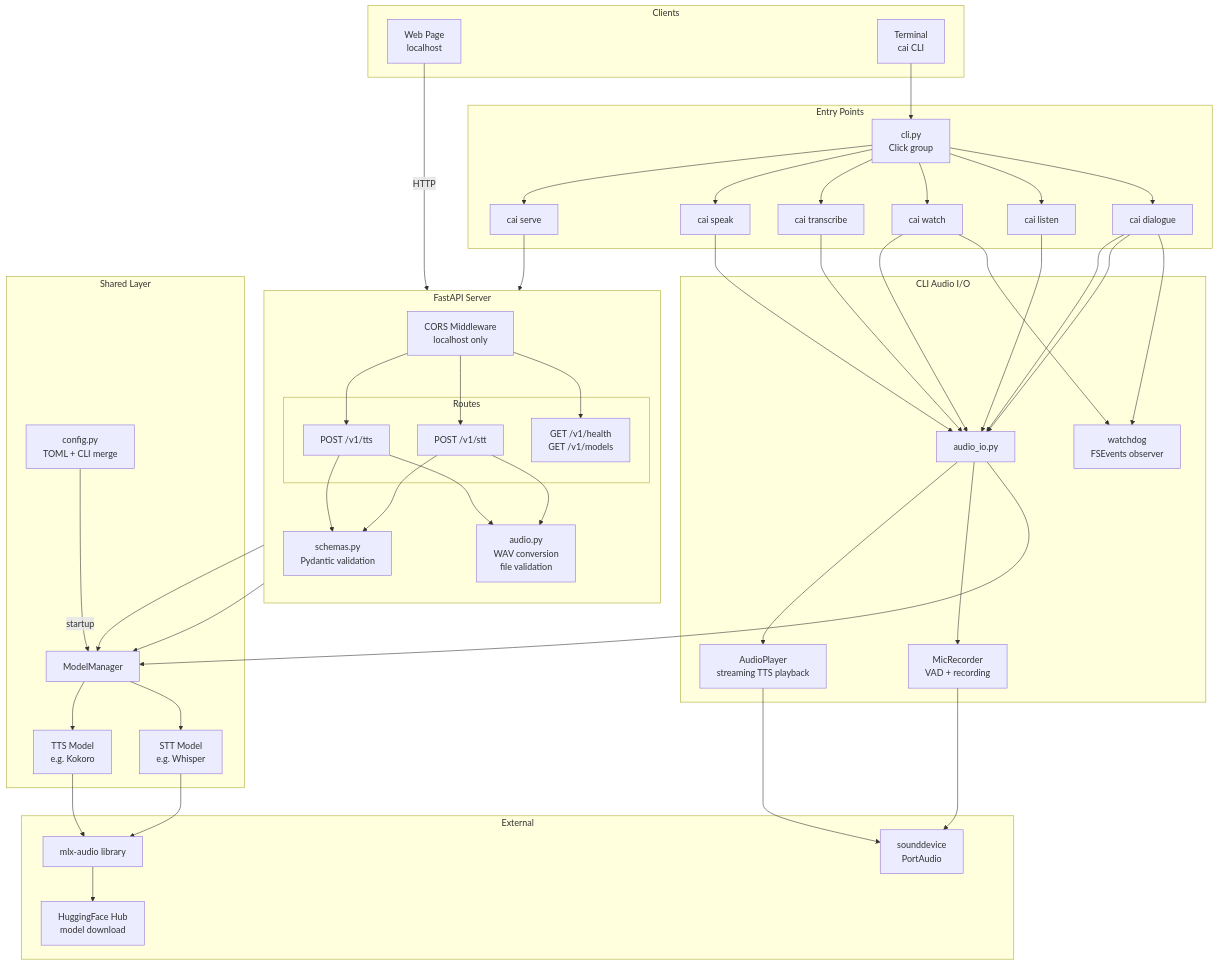
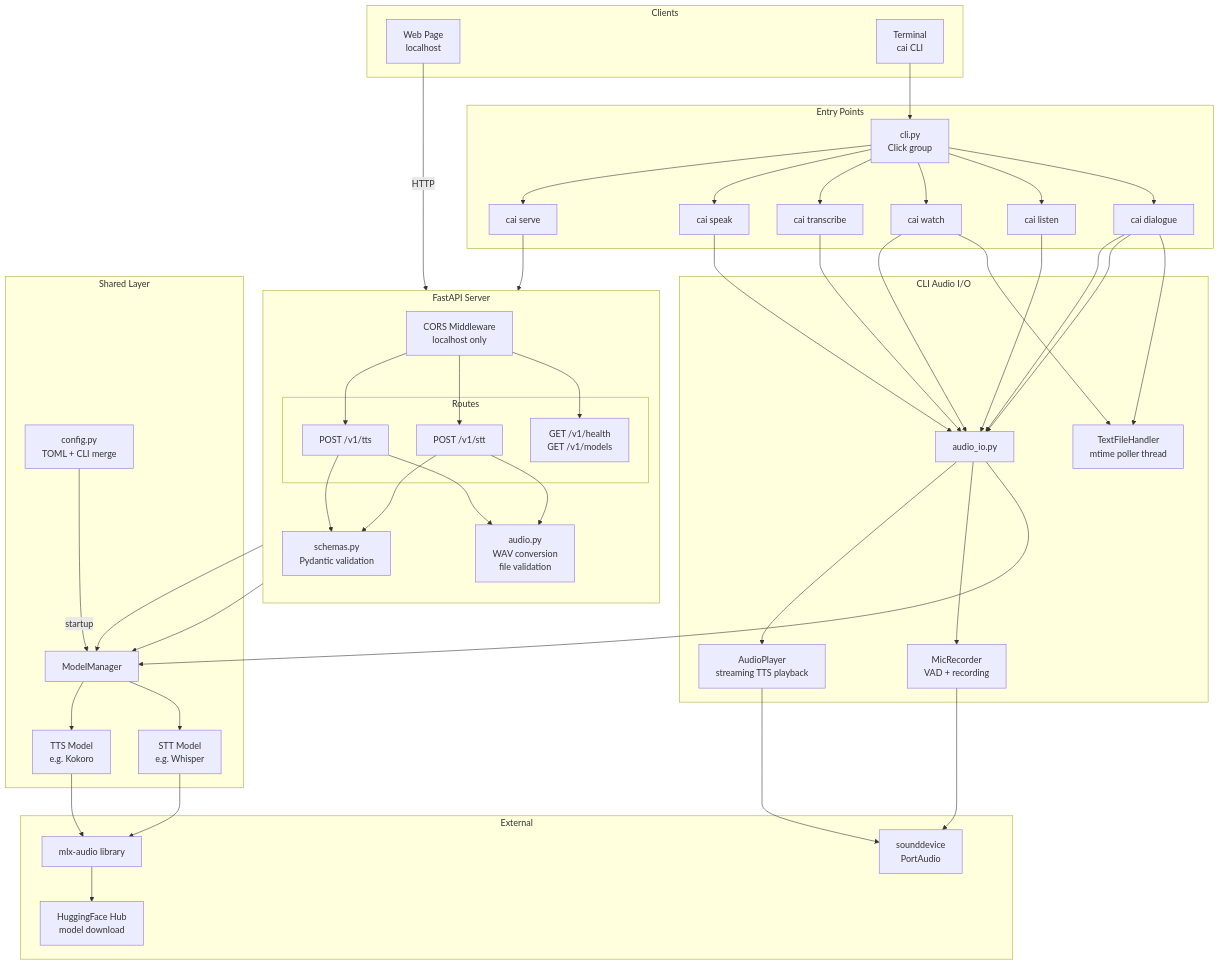
The first of 6 diagrams in tasks/ARCHITECTURE.md (gatewaynode/conversational_ai), drawn with Mermaid before and after one commit. The commit also changed other lines of this file and 4 other files, not shown here.

````diff
--- a/tasks/ARCHITECTURE.md
+++ b/tasks/ARCHITECTURE.md
@@ -60,69 +60,69 @@
 ```mermaid
 graph TB
     subgraph "Clients"
         Browser[Web Page<br/>localhost]
         Terminal[Terminal<br/>cai CLI]
     end
 
     subgraph "Entry Points"
         CLI_EP[cli.py<br/>Click group]
         SERVE[cai serve]
         SPEAK[cai speak]
         TRANSCRIBE[cai transcribe]
         WATCH[cai watch]
         LISTEN[cai listen]
         DIALOGUE[cai dialogue]
     end
 
     subgraph "FastAPI Server"
         direction TB
         CORS[CORS Middleware<br/>localhost only]
 
         subgraph "Routes"
             TTS_R[POST /v1/tts]
             STT_R[POST /v1/stt]
             SYS_R[GET /v1/health<br/>GET /v1/models]
         end
 
         Schemas[schemas.py<br/>Pydantic validation]
         Audio_Util[audio.py<br/>WAV conversion<br/>file validation]
     end
 
     subgraph "CLI Audio I/O"
         AudioIO[audio_io.py]
         Player[AudioPlayer<br/>streaming TTS playback]
         MicRec[MicRecorder<br/>VAD + recording]
-        FileWatch[watchdog<br/>FSEvents observer]
+        FileWatch[TextFileHandler<br/>mtime poller thread]
     end
 
     subgraph "Shared Layer"
         Config[config.py<br/>TOML + CLI merge]
         MM[ModelManager]
         TTS_M[TTS Model<br/>e.g. Kokoro]
         STT_M[STT Model<br/>e.g. Whisper]
     end
 
     subgraph "External"
         MLX[mlx-audio library]
         HF[HuggingFace Hub<br/>model download]
         SD[sounddevice<br/>PortAudio]
     end
 
     Browser -->|HTTP| CORS
     Terminal --> CLI_EP
     CLI_EP --> SERVE & SPEAK & TRANSCRIBE & WATCH & LISTEN & DIALOGUE
     SERVE --> CORS
     CORS --> TTS_R & STT_R & SYS_R
     TTS_R --> Schemas & Audio_Util & MM
     STT_R --> Schemas & Audio_Util & MM
     SPEAK & WATCH & DIALOGUE --> AudioIO
     TRANSCRIBE & LISTEN & DIALOGUE --> AudioIO
     AudioIO --> Player & MicRec
     WATCH & DIALOGUE --> FileWatch
     AudioIO --> MM
     MM --> TTS_M & STT_M
     TTS_M & STT_M --> MLX
     MLX --> HF
     Player & MicRec --> SD
     Config -->|startup| MM
 ```
````
